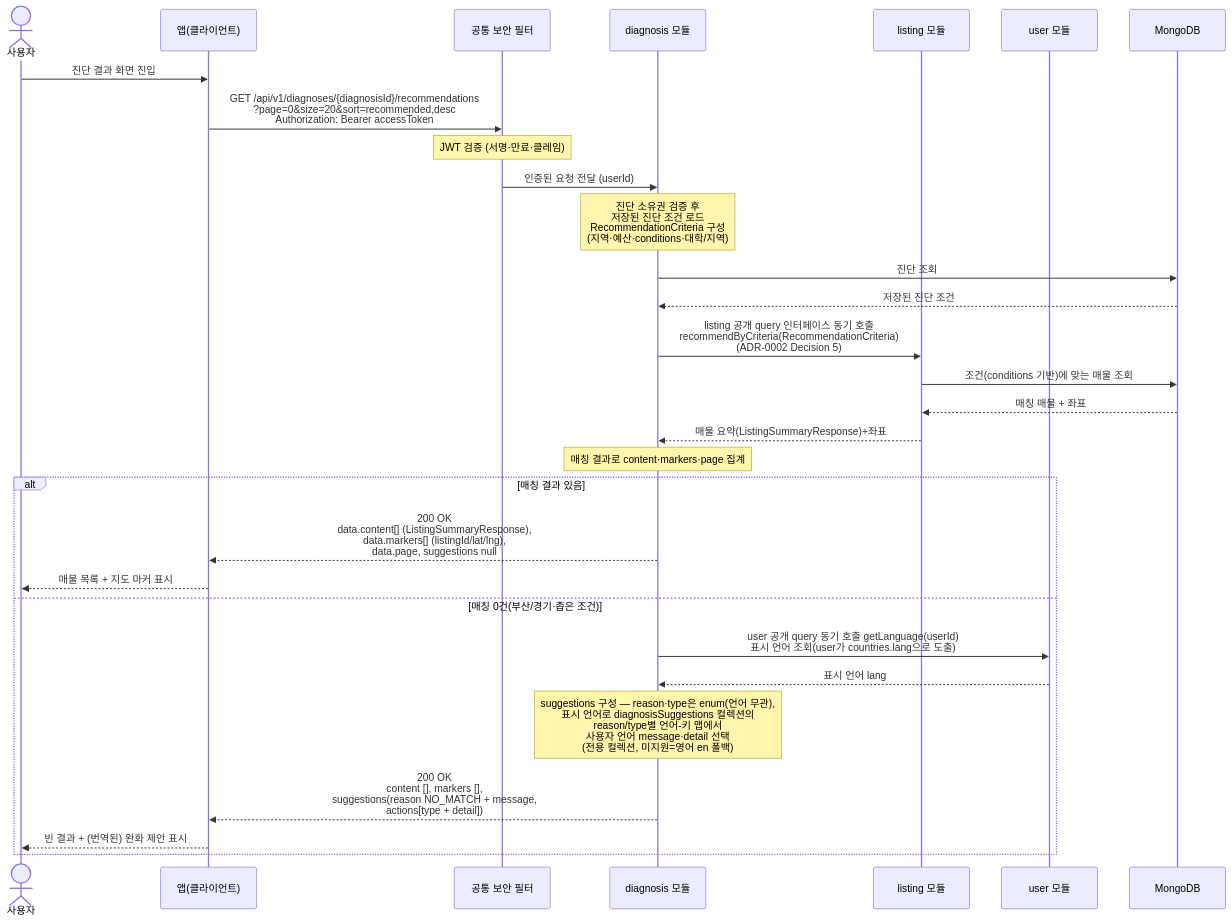
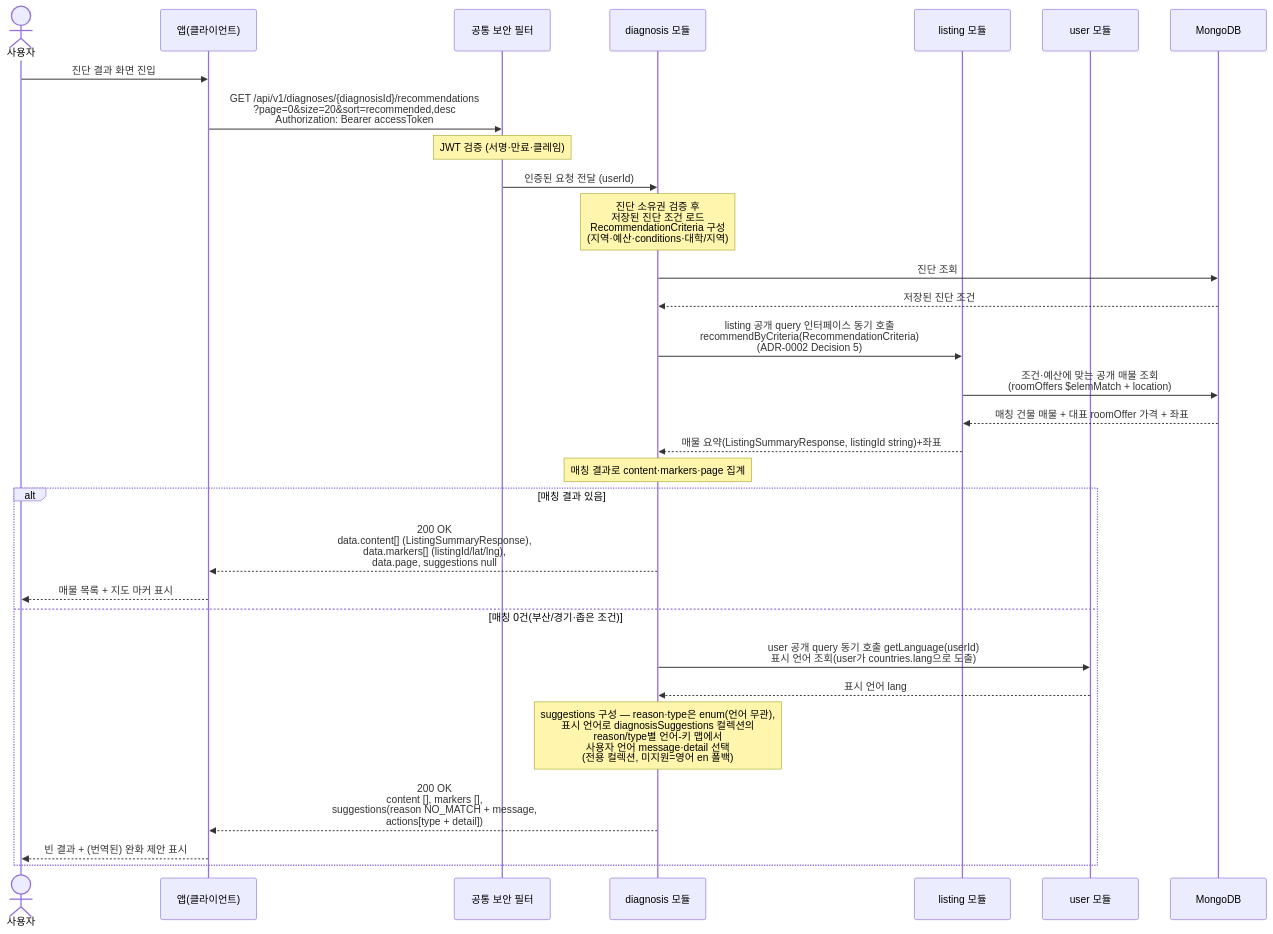
One commit to jameskim9509/Kohere-backend changed the diagram in docs/architecture/sequence-diagrams/02-diagnosis-recommendation/us-2-2-recommendations.md. Above: the diagram before and after it, drawn with Mermaid. The commit also changed other lines of this file and 51 other files, not shown here.

````diff
--- a/docs/architecture/sequence-diagrams/02-diagnosis-recommendation/us-2-2-recommendations.md
+++ b/docs/architecture/sequence-diagrams/02-diagnosis-recommendation/us-2-2-recommendations.md
@@ -5,33 +5,33 @@
 ```mermaid
 sequenceDiagram
     actor U as 사용자
     participant C as 앱(클라이언트)
     participant SEC as 공통 보안 필터
     participant DIAG as diagnosis 모듈
     participant LIST as listing 모듈
     participant USER as user 모듈
     participant DB as MongoDB
 
     U->>C: 진단 결과 화면 진입
     C->>SEC: GET /api/v1/diagnoses/{diagnosisId}/recommendations<br/>?page=0&size=20&sort=recommended,desc<br/>Authorization: Bearer accessToken
     Note over SEC: JWT 검증 (서명·만료·클레임)
     SEC->>DIAG: 인증된 요청 전달 (userId)
     Note over DIAG: 진단 소유권 검증 후<br/>저장된 진단 조건 로드<br/>RecommendationCriteria 구성<br/>(지역·예산·conditions·대학/지역)
     DIAG->>DB: 진단 조회
     DB-->>DIAG: 저장된 진단 조건
     DIAG->>LIST: listing 공개 query 인터페이스 동기 호출<br/>recommendByCriteria(RecommendationCriteria)<br/>(ADR-0002 Decision 5)
-    LIST->>DB: 조건(conditions 기반)에 맞는 매물 조회
-    DB-->>LIST: 매칭 매물 + 좌표
-    LIST-->>DIAG: 매물 요약(ListingSummaryResponse)+좌표
+    LIST->>DB: 조건·예산에 맞는 공개 매물 조회<br/>(roomOffers $elemMatch + location)
+    DB-->>LIST: 매칭 건물 매물 + 대표 roomOffer 가격 + 좌표
+    LIST-->>DIAG: 매물 요약(ListingSummaryResponse, listingId string)+좌표
     Note over DIAG: 매칭 결과로 content·markers·page 집계
     alt 매칭 결과 있음
         DIAG-->>C: 200 OK<br/>data.content[] (ListingSummaryResponse),<br/>data.markers[] (listingId/lat/lng),<br/>data.page, suggestions null
         C-->>U: 매물 목록 + 지도 마커 표시
     else 매칭 0건(부산/경기·좁은 조건)
         DIAG->>USER: user 공개 query 동기 호출 getLanguage(userId)<br/>표시 언어 조회(user가 countries.lang으로 도출)
         USER-->>DIAG: 표시 언어 lang
         Note over DIAG: suggestions 구성 — reason·type은 enum(언어 무관),<br/>표시 언어로 diagnosisSuggestions 컬렉션의<br/>reason/type별 언어-키 맵에서<br/>사용자 언어 message·detail 선택<br/>(전용 컬렉션, 미지원=영어 en 폴백)
         DIAG-->>C: 200 OK<br/>content [], markers [],<br/>suggestions(reason NO_MATCH + message,<br/>actions[type + detail])
         C-->>U: 빈 결과 + (번역된) 완화 제안 표시
     end
 ```
````
